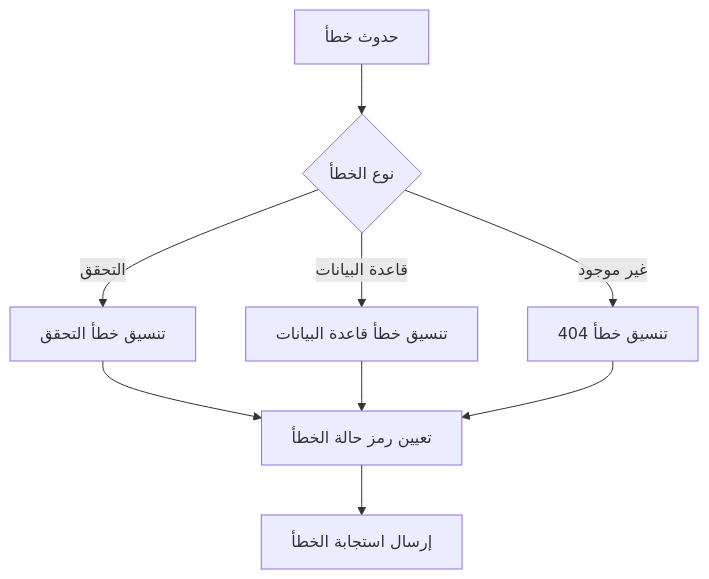
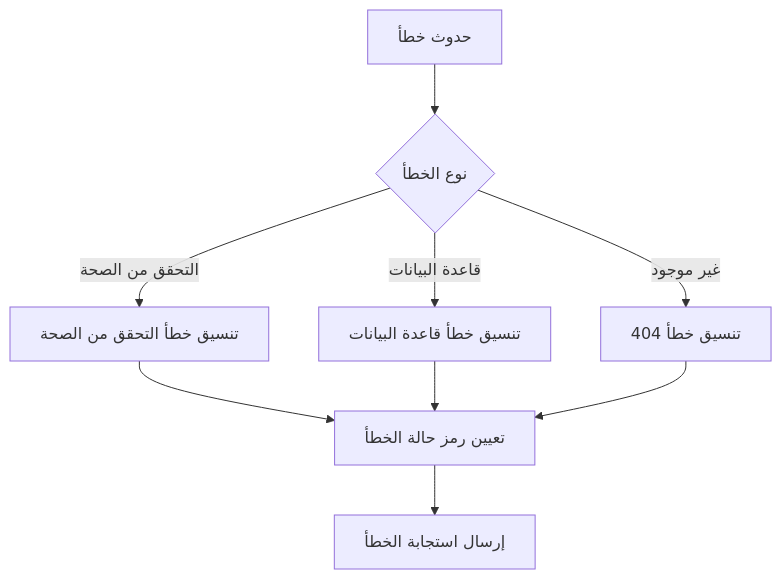
The third of 4 diagrams in DOCUMENTATION.ar.md (secure73/MicrosPy), drawn with Mermaid before and after one commit. The commit also changed other lines of this file and 2 other files, not shown here.

````diff
--- a/DOCUMENTATION.ar.md
+++ b/DOCUMENTATION.ar.md
@@ -421,11 +574,11 @@
 ```mermaid
 graph TD
     A[حدوث خطأ] --> B{نوع الخطأ}
-    B -->|التحقق| C[تنسيق خطأ التحقق]
+    B -->|التحقق من الصحة| C[تنسيق خطأ التحقق من الصحة]
     B -->|قاعدة البيانات| D[تنسيق خطأ قاعدة البيانات]
     B -->|غير موجود| E[تنسيق خطأ 404]
     C --> F[تعيين رمز حالة الخطأ]
     D --> F
     E --> F
     F --> G[إرسال استجابة الخطأ]
 ```
````
